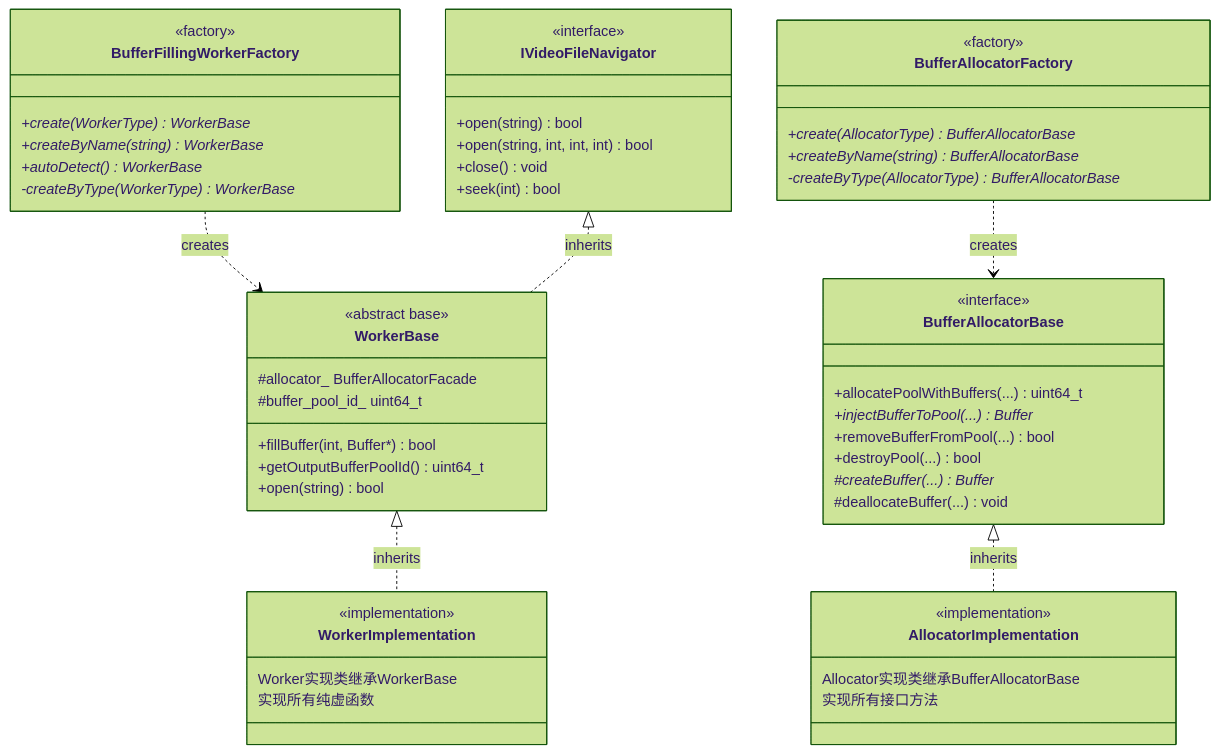
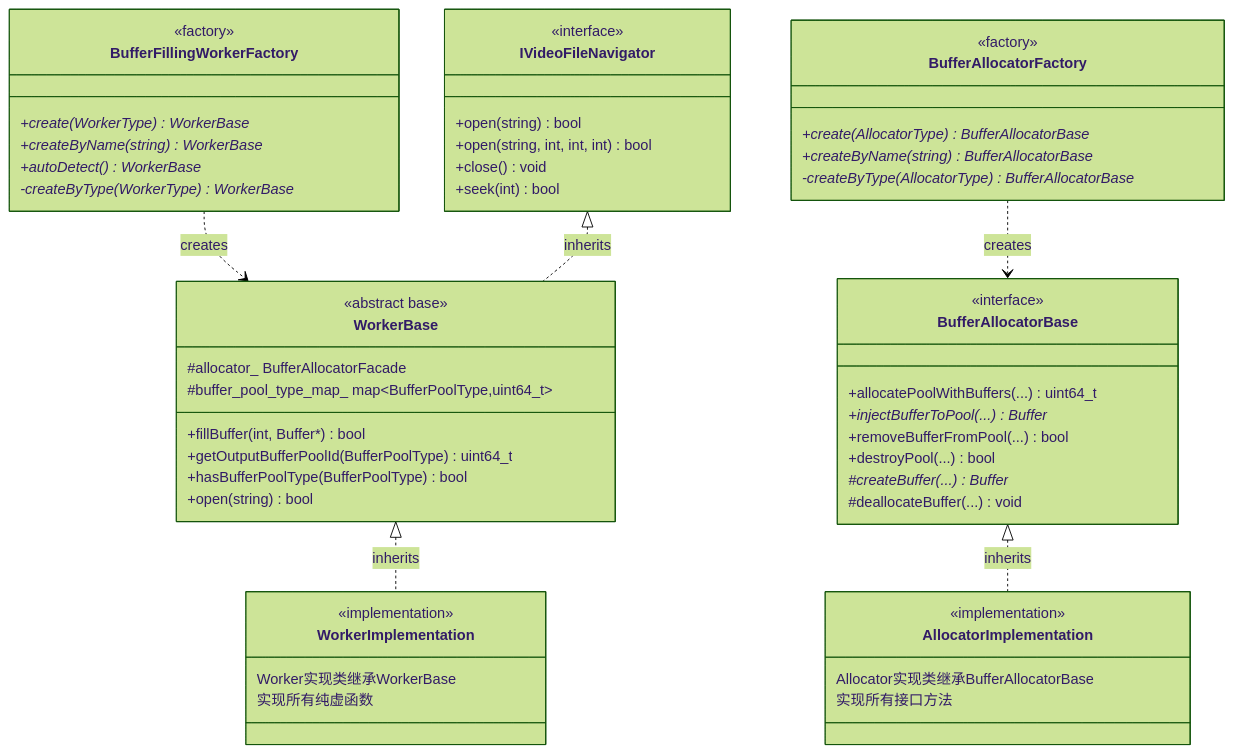
Before and after one commit to luoxiafeng-1990/components: the second of 6 diagrams in ARCHITECTURE.md, drawn with Mermaid (forest theme). The commit also changed other lines of this file and 17 other files, not shown here.

First line of the commit message:
feat(worker): 支持多 BufferPool 管理，引入 BufferPoolType 枚举

````diff
--- a/ARCHITECTURE.md
+++ b/ARCHITECTURE.md
@@ -867,62 +950,63 @@
 ```mermaid
 classDiagram
     class BufferFillingWorkerFactory {
         <<factory>>
         +create(WorkerType) WorkerBase*
         +createByName(string) WorkerBase*
         +autoDetect() WorkerBase*
         -createByType(WorkerType) WorkerBase*
     }
     
     class BufferAllocatorFactory {
         <<factory>>
         +create(AllocatorType) BufferAllocatorBase*
         +createByName(string) BufferAllocatorBase*
         -createByType(AllocatorType) BufferAllocatorBase*
     }
     
     class IVideoFileNavigator {
         <<interface>>
         +open(string) bool
         +open(string, int, int, int) bool
         +close() void
         +seek(int) bool
     }
     
     class BufferAllocatorBase {
         <<interface>>
         +allocatePoolWithBuffers(...) uint64_t
         +injectBufferToPool(...) Buffer*
         +removeBufferFromPool(...) bool
         +destroyPool(...) bool
         #createBuffer(...) Buffer*
         #deallocateBuffer(...) void
     }
     
     class WorkerBase {
         <<abstract base>>
         +fillBuffer(int, Buffer*) bool
-        +getOutputBufferPoolId() uint64_t
+        +getOutputBufferPoolId(BufferPoolType) uint64_t
+        +hasBufferPoolType(BufferPoolType) bool
         +open(string) bool
         #allocator_ BufferAllocatorFacade
-        #buffer_pool_id_ uint64_t
+        #buffer_pool_type_map_ map~BufferPoolType,uint64_t~
     }
     
     class WorkerImplementation {
         <<implementation>>
         Worker实现类继承WorkerBase
         实现所有纯虚函数
     }
     
     class AllocatorImplementation {
         <<implementation>>
         Allocator实现类继承BufferAllocatorBase
         实现所有接口方法
     }
     
     BufferFillingWorkerFactory ..> WorkerBase : creates
     BufferAllocatorFactory ..> BufferAllocatorBase : creates
     IVideoFileNavigator <|.. WorkerBase : inherits
     WorkerBase <|.. WorkerImplementation : inherits
     BufferAllocatorBase <|.. AllocatorImplementation : inherits
 ```
````
